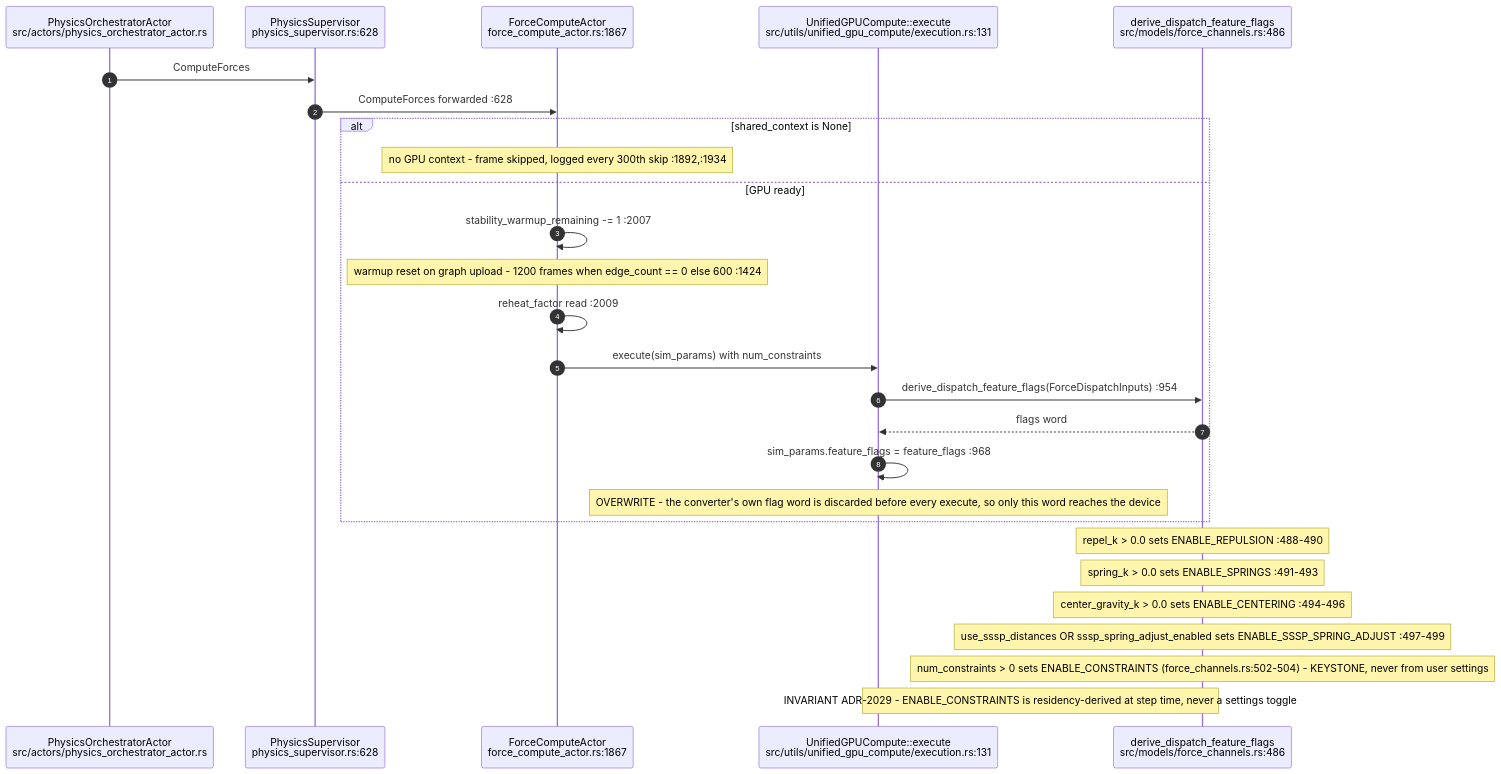
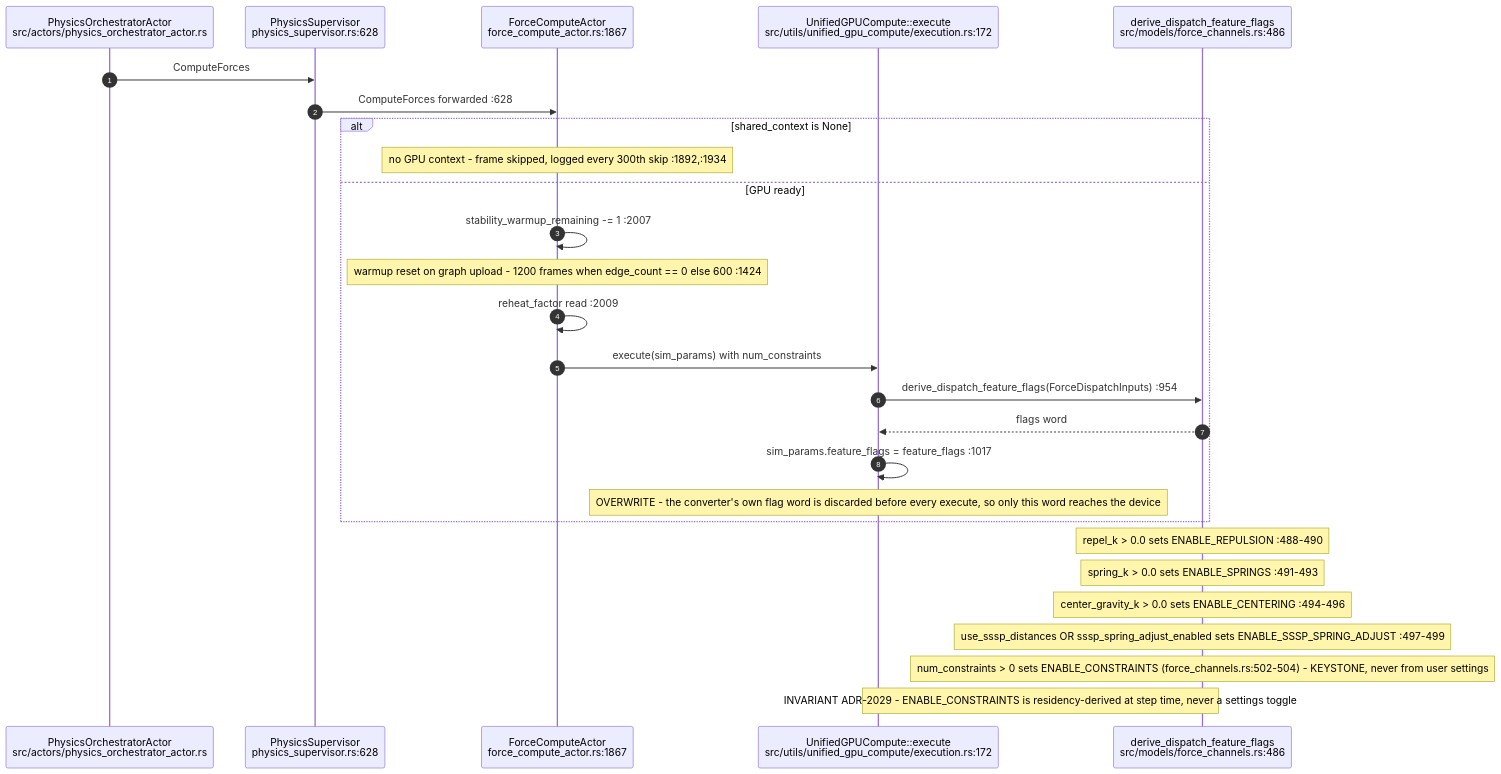
Before and after one commit to DreamLab-AI/VisionFlow: the first of 10 diagrams in docs/diagrams/visionclaw/11-physics-step-and-force-channels.md, drawn with Mermaid. The commit also changed other lines of this file and 51 other files, not shown here.

First line of the commit message:
docs(diagrams): agentbox AB-01..13 re-attested anchor by anchor (980 anchors, 22 defects); checkpoint against an out-of-mesh writer

````diff
--- a/docs/diagrams/visionclaw/11-physics-step-and-force-channels.md
+++ b/docs/diagrams/visionclaw/11-physics-step-and-force-channels.md
@@ -30,30 +32,30 @@
 ```mermaid
 sequenceDiagram
     autonumber
     participant PO as PhysicsOrchestratorActor<br/>src/actors/physics_orchestrator_actor.rs
     participant PS as PhysicsSupervisor<br/>physics_supervisor.rs:628
     participant FCA as ForceComputeActor<br/>force_compute_actor.rs:1867
-    participant EX as UnifiedGPUCompute::execute<br/>src/utils/unified_gpu_compute/execution.rs:131
+    participant EX as UnifiedGPUCompute::execute<br/>src/utils/unified_gpu_compute/execution.rs:172
     participant FC as derive_dispatch_feature_flags<br/>src/models/force_channels.rs:486
 
     PO->>PS: ComputeForces
     PS->>FCA: ComputeForces forwarded :628
     alt shared_context is None
         Note over FCA: no GPU context - frame skipped, logged every 300th skip :1892,:1934
     else GPU ready
         FCA->>FCA: stability_warmup_remaining -= 1 :2007
         Note over FCA: warmup reset on graph upload - 1200 frames when edge_count == 0 else 600 :1424
         FCA->>FCA: reheat_factor read :2009
         FCA->>EX: execute(sim_params) with num_constraints
         EX->>FC: derive_dispatch_feature_flags(ForceDispatchInputs) :954
         FC-->>EX: flags word
-        EX->>EX: sim_params.feature_flags = feature_flags :968
+        EX->>EX: sim_params.feature_flags = feature_flags :1017
         Note over EX: OVERWRITE - the converter's own flag word is discarded before every execute, so only this word reaches the device
     end
     Note over FC: repel_k > 0.0 sets ENABLE_REPULSION :488-490
     Note over FC: spring_k > 0.0 sets ENABLE_SPRINGS :491-493
     Note over FC: center_gravity_k > 0.0 sets ENABLE_CENTERING :494-496
     Note over FC: use_sssp_distances OR sssp_spring_adjust_enabled sets ENABLE_SSSP_SPRING_ADJUST :497-499
     Note over FC: num_constraints > 0 sets ENABLE_CONSTRAINTS (force_channels.rs:502-504) - KEYSTONE, never from user settings
     Note over EX,FC: INVARIANT ADR-2029 - ENABLE_CONSTRAINTS is residency-derived at step time, never a settings toggle
 ```
````
